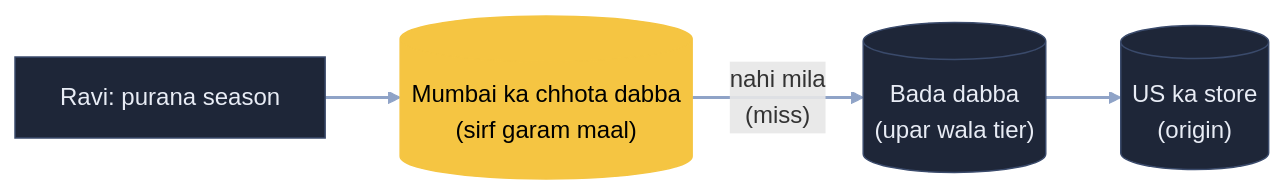
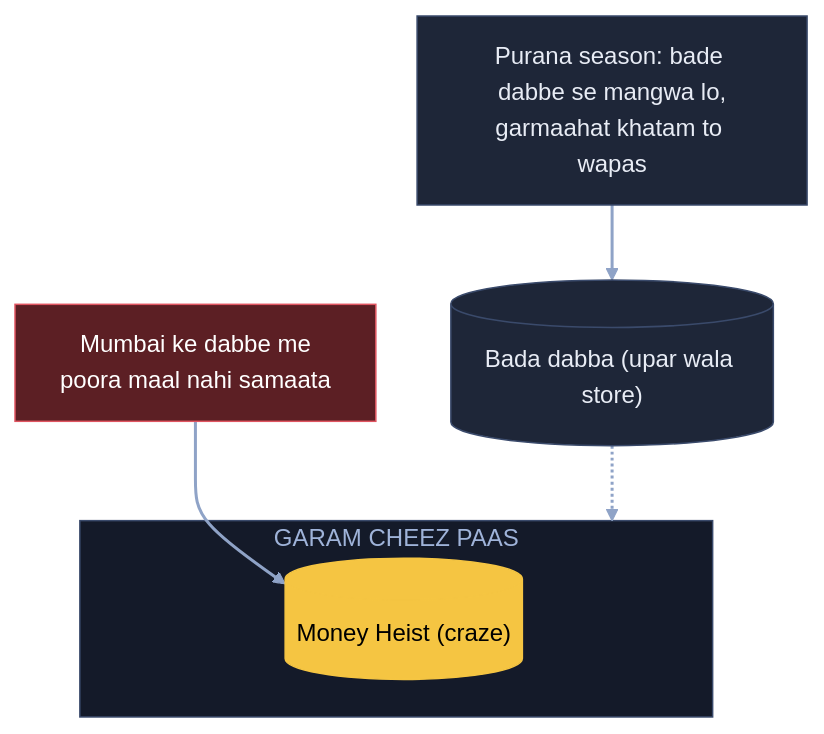
Before and after one commit to ArpanMaheshwari144/Prep: the fourth of 7 diagrams in 04_HLD/SYSTEM_DESIGNS/18_netflix/18_netflix.md, drawn with Mermaid. The commit also changed other lines of this file, not shown here.

Commit message:
Netflix: 7 diagram hand notes ke shabdon se (apne shehar me file, pen drive, guard, parchi, game parlour)

````diff
--- a/04_HLD/SYSTEM_DESIGNS/18_netflix/18_netflix.md
+++ b/04_HLD/SYSTEM_DESIGNS/18_netflix/18_netflix.md
@@ -118,10 +143,18 @@
 ```mermaid
-flowchart LR
-    R["Ravi: purana season"] --> M[("Mumbai ka chhota dabba<br/>(sirf garam maal)")]
-    M -- "nahi mila<br/>(miss)" --> T[("Bada dabba<br/>(upar wala tier)")]
-    T --> S[("US ka store<br/>(origin)")]
-    class M hl
-    classDef default fill:#1e2638,stroke:#3a4a6b,color:#e8ecf5
-    classDef hl fill:#f5c542,stroke:#f5c542,color:#000
+flowchart TB
+    X["Mumbai ke dabbe me<br/>poora maal nahi samaata"]:::bad
+    subgraph GP["GARAM CHEEZ PAAS"]
+        G[("Money Heist (craze)")]:::pill
+    end
+    BD[("Bada dabba (upar wala store)")]:::card
+    T["Purana season: bade dabbe se mangwa lo,<br/>garmaahat khatam to wapas"]:::card
+    X --> G
+    T --> BD
+    BD -.-> GP
     linkStyle default stroke:#8fa3c7,stroke-width:2px
+    classDef card fill:#1e2638,stroke:#3a4a6b,color:#e8ecf5
+    classDef pill fill:#f5c542,stroke:#f5c542,color:#000
+    classDef good fill:#2e7d4f,stroke:#3fbf6f,color:#fff
+    classDef bad fill:#5c1f24,stroke:#e05561,color:#fff
+    style GP fill:#141a29,stroke:#3a4a6b,color:#9fb3d9
 ```
````
